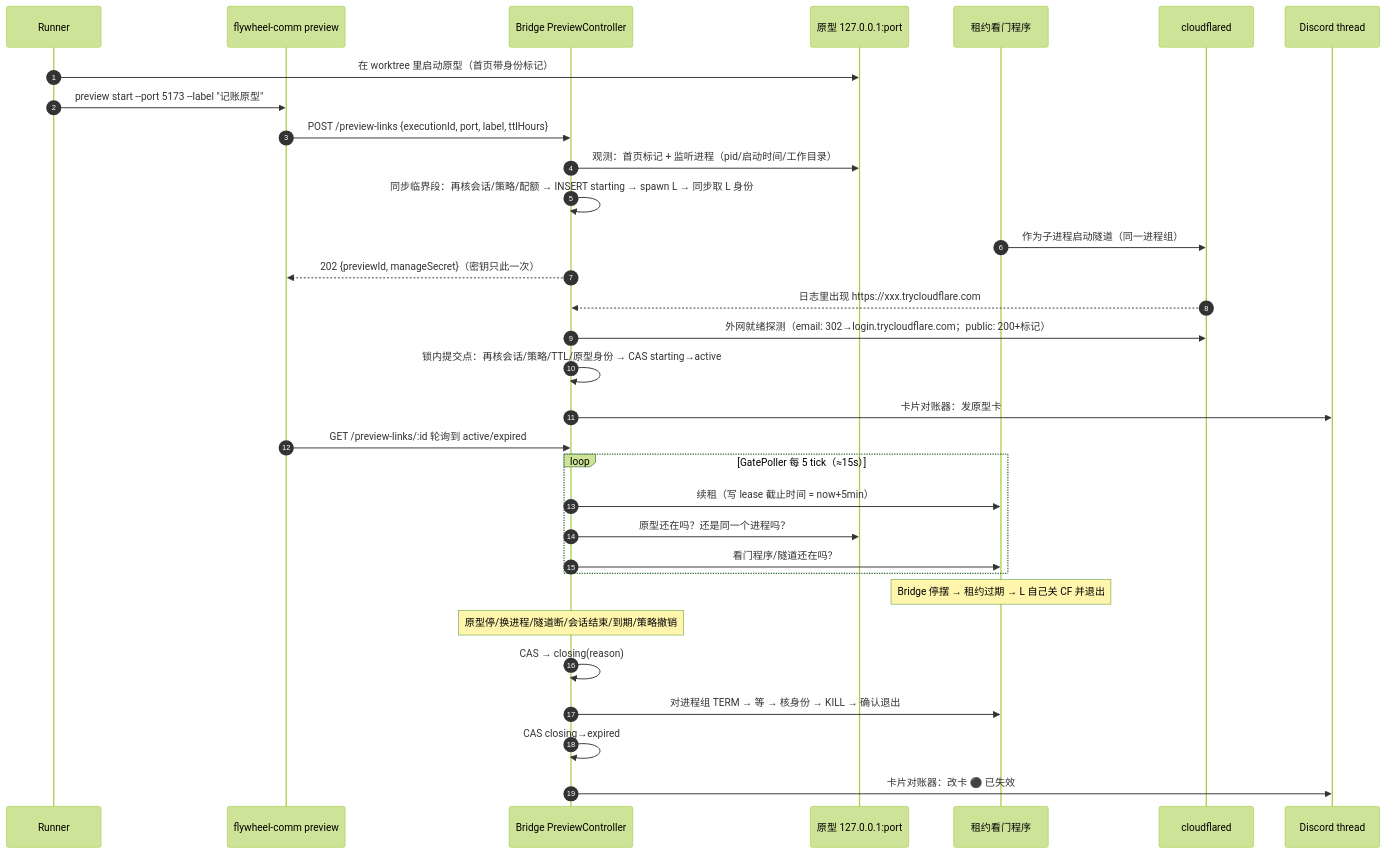
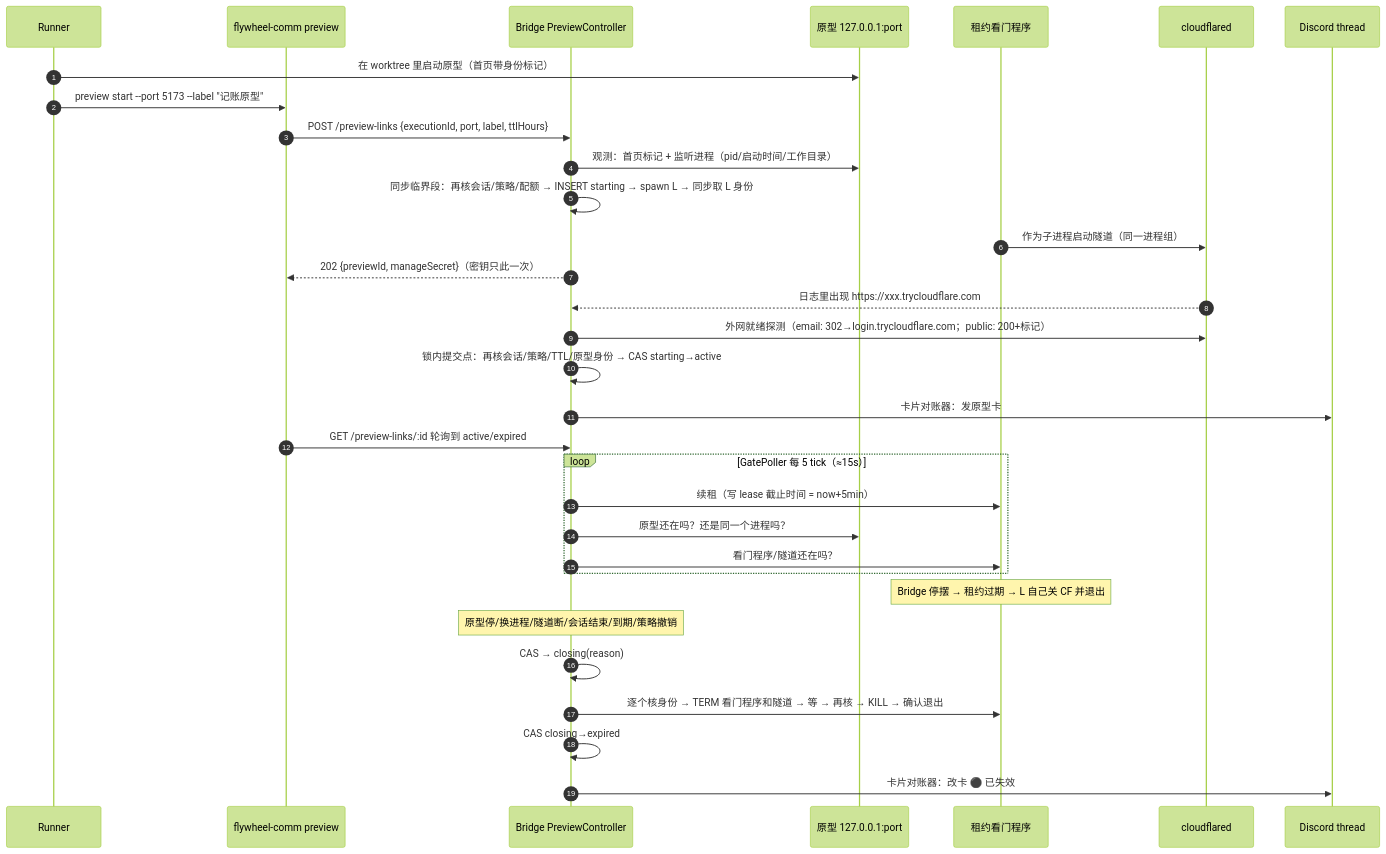
Before and after one commit to xrliAnnie/flywheel-qa-sandbox: the first of 2 diagrams in engineering/doc/FLY-3137-phone-prototype-link/plan.md, drawn with Mermaid (forest theme). The commit also changed other lines of this file, not shown here.

````diff
--- a/engineering/doc/FLY-3137-phone-prototype-link/plan.md
+++ b/engineering/doc/FLY-3137-phone-prototype-link/plan.md
@@ -42,34 +43,34 @@
 ```mermaid
 sequenceDiagram
     autonumber
     participant R as Runner
     participant CLI as flywheel-comm preview
     participant B as Bridge PreviewController
     participant O as 原型 127.0.0.1:port
     participant L as 租约看门程序
     participant CF as cloudflared
     participant D as Discord thread
     R->>O: 在 worktree 里启动原型（首页带身份标记）
     R->>CLI: preview start --port 5173 --label "记账原型"
     CLI->>B: POST /preview-links {executionId, port, label, ttlHours}
     B->>O: 观测：首页标记 + 监听进程（pid/启动时间/工作目录）
     B->>B: 同步临界段：再核会话/策略/配额 → INSERT starting → spawn L → 同步取 L 身份
     L->>CF: 作为子进程启动隧道（同一进程组）
     B-->>CLI: 202 {previewId, manageSecret}（密钥只此一次）
     CF-->>B: 日志里出现 https://xxx.trycloudflare.com
     B->>CF: 外网就绪探测（email: 302→login.trycloudflare.com；public: 200+标记）
     B->>B: 锁内提交点：再核会话/策略/TTL/原型身份 → CAS starting→active
     B->>D: 卡片对账器：发原型卡
     CLI->>B: GET /preview-links/:id 轮询到 active/expired
     loop GatePoller 每 5 tick（≈15s）
         B->>L: 续租（写 lease 截止时间 = now+5min）
         B->>O: 原型还在吗？还是同一个进程吗？
         B->>L: 看门程序/隧道还在吗？
     end
     Note over L: Bridge 停摆 → 租约过期 → L 自己关 CF 并退出
     Note over B: 原型停/换进程/隧道断/会话结束/到期/策略撤销
     B->>B: CAS → closing(reason)
-    B->>L: 对进程组 TERM → 等 → 核身份 → KILL → 确认退出
+    B->>L: 逐个核身份 → TERM 看门程序和隧道 → 等 → 再核 → KILL → 确认退出
     B->>B: CAS closing→expired
     B->>D: 卡片对账器：改卡 ⚫ 已失效
 ```
````
